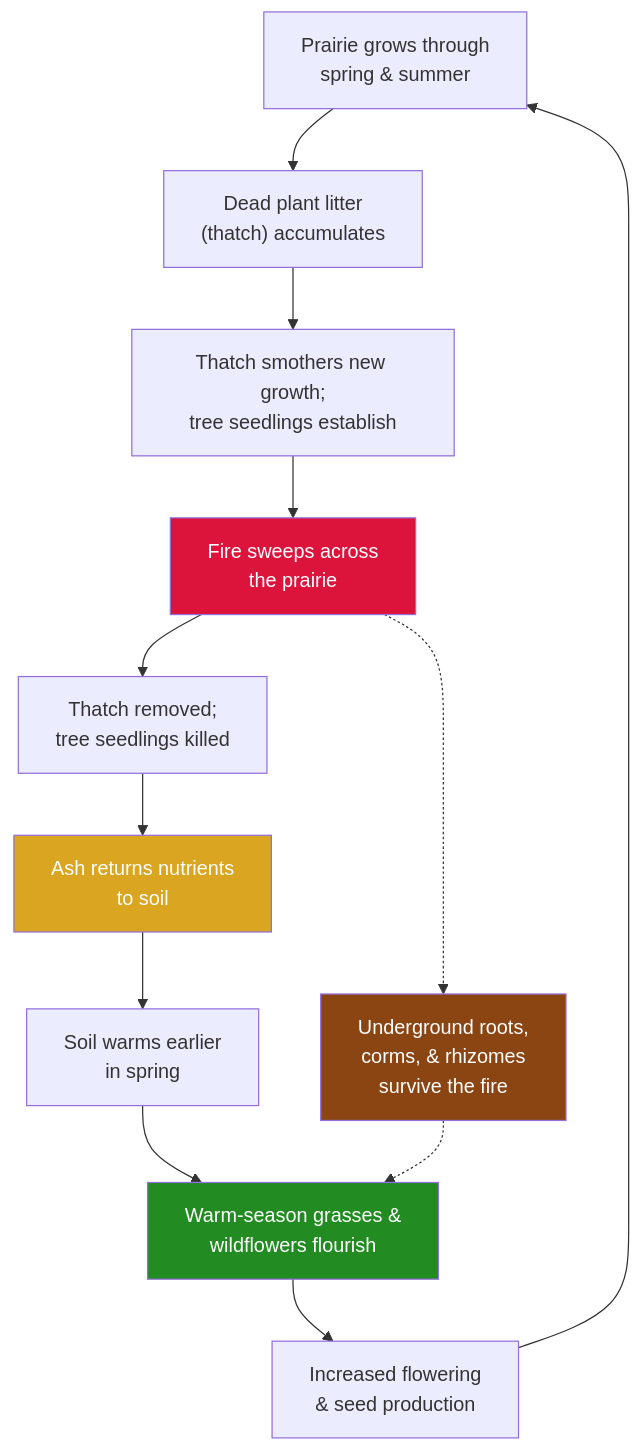
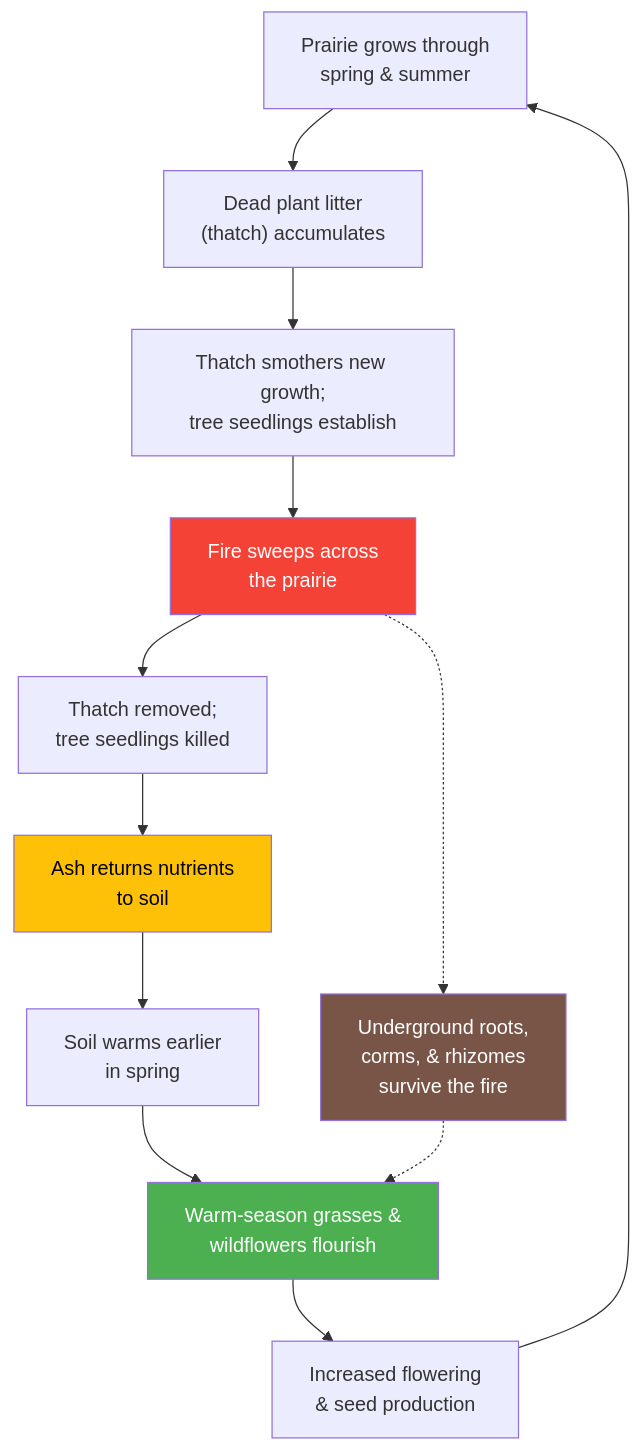
The second of 2 diagrams in docs/chapters/03-prairie-plants-grasslands/index.md (arunbatchu/minnesota-native-plants), drawn with Mermaid before and after one commit. The commit also changed other lines of this file and 10 other files, not shown here.

First line of the commit message:
Fix Mermaid diagram colors for accessibility — high contrast palette

````diff
--- a/docs/chapters/03-prairie-plants-grasslands/index.md
+++ b/docs/chapters/03-prairie-plants-grasslands/index.md
@@ -444,20 +444,20 @@
 ```mermaid
 flowchart TD
     A["Prairie grows through<br/>spring & summer"] --> B["Dead plant litter<br/>(thatch) accumulates"]
     B --> C["Thatch smothers new growth;<br/>tree seedlings establish"]
     C --> D["Fire sweeps across<br/>the prairie"]
     D --> E["Thatch removed;<br/>tree seedlings killed"]
     E --> F["Ash returns nutrients<br/>to soil"]
     F --> G["Soil warms earlier<br/>in spring"]
     G --> H["Warm-season grasses &<br/>wildflowers flourish"]
     H --> I["Increased flowering<br/>& seed production"]
     I --> A
 
     D -.-> J["Underground roots,<br/>corms, & rhizomes<br/>survive the fire"]
     J -.-> H
 
-    style D fill:#DC143C,color:#fff
-    style H fill:#228B22,color:#fff
-    style F fill:#DAA520,color:#fff
-    style J fill:#8B4513,color:#fff
+    style D fill:#F44336,color:#fff
+    style H fill:#4CAF50,color:#fff
+    style F fill:#FFC107,color:#000
+    style J fill:#795548,color:#fff
 ```
````
